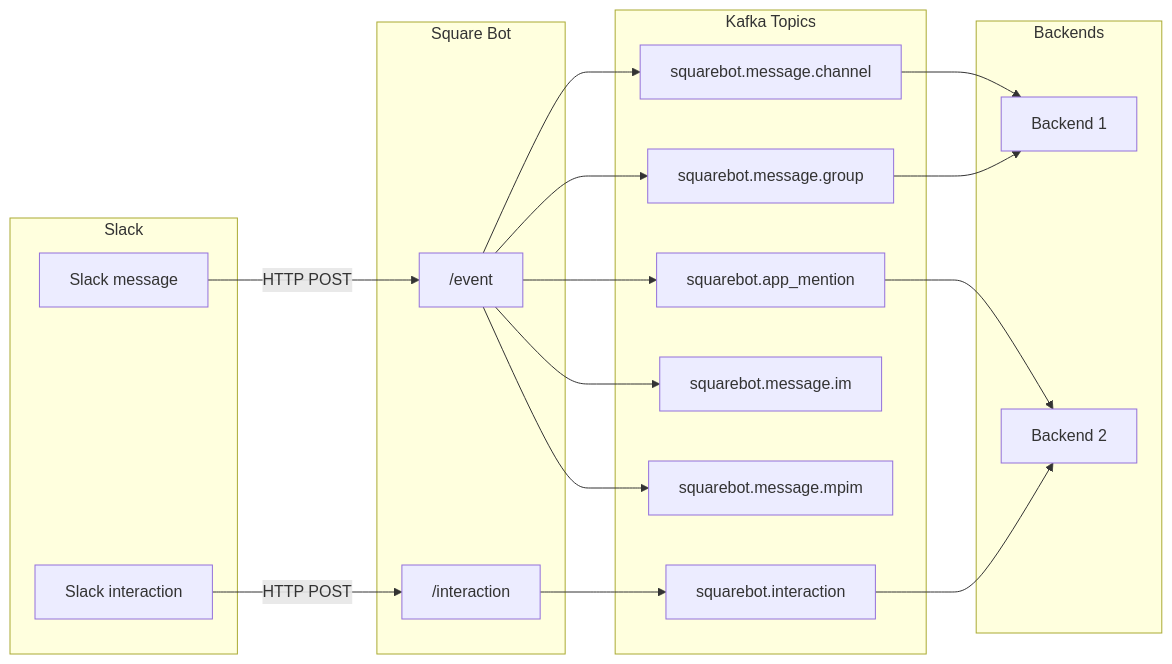
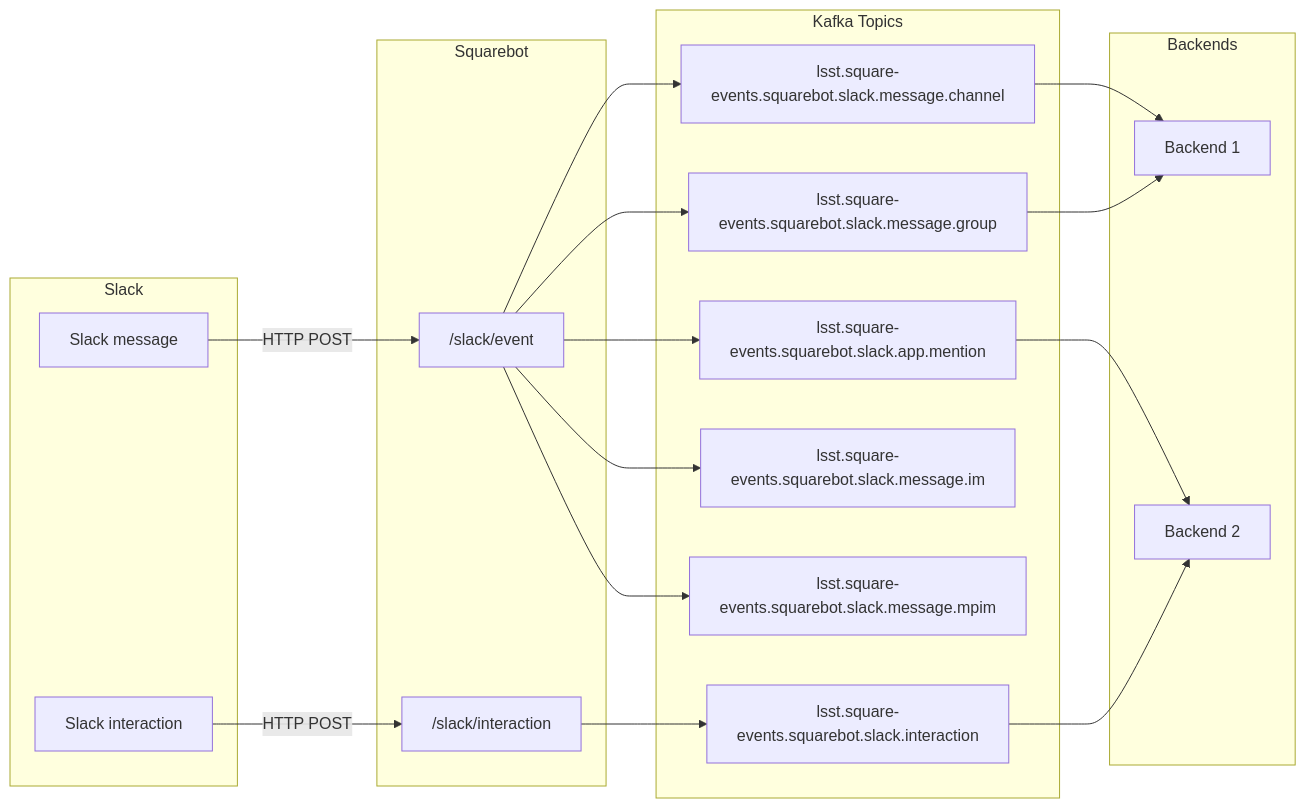
One commit to lsst-sqre/squarebot changed the diagram in docs/architecture.mmd. Above: the diagram before and after it, drawn with Mermaid. The commit also changed 1 other file, not shown here.

```diff
--- a/docs/architecture.mmd
+++ b/docs/architecture.mmd
@@ -1,33 +1,33 @@
 flowchart LR
     subgraph Slack
     message[Slack message]
     interaction[Slack interaction]
     end
-    subgraph sqrbot ["Square Bot"]
-    eventapi["/event"]
-    interactionapi["/interaction"]
+    subgraph sqrbot ["Squarebot"]
+    eventapi["/slack/event"]
+    interactionapi["/slack/interaction"]
     message -->|HTTP POST| eventapi
     interaction -->|HTTP POST| interactionapi
     end
     subgraph kafka ["Kafka Topics"]
-    topicmention["squarebot.app_mention"]
-    topicchannel["squarebot.message.channel"]
-    topicgroup["squarebot.message.group"]
-    topicim["squarebot.message.im"]
-    topicmpim["squarebot.message.mpim"]
-    topicinteraction["squarebot.interaction"]
+    topicmention["lsst.square-events.squarebot.slack.app.mention"]
+    topicchannel["lsst.square-events.squarebot.slack.message.channel"]
+    topicgroup["lsst.square-events.squarebot.slack.message.group"]
+    topicim["lsst.square-events.squarebot.slack.message.im"]
+    topicmpim["lsst.square-events.squarebot.slack.message.mpim"]
+    topicinteraction["lsst.square-events.squarebot.slack.interaction"]
     end
     eventapi --> topicmention
     eventapi --> topicchannel
     eventapi --> topicgroup
     eventapi --> topicim
     eventapi --> topicmpim
     interactionapi --> topicinteraction
     subgraph backends ["Backends"]
     backend1["Backend 1"]
     backend2["Backend 2"]
     end
     topicchannel --> backend1
     topicgroup --> backend1
     topicmention --> backend2
     topicinteraction --> backend2
```
